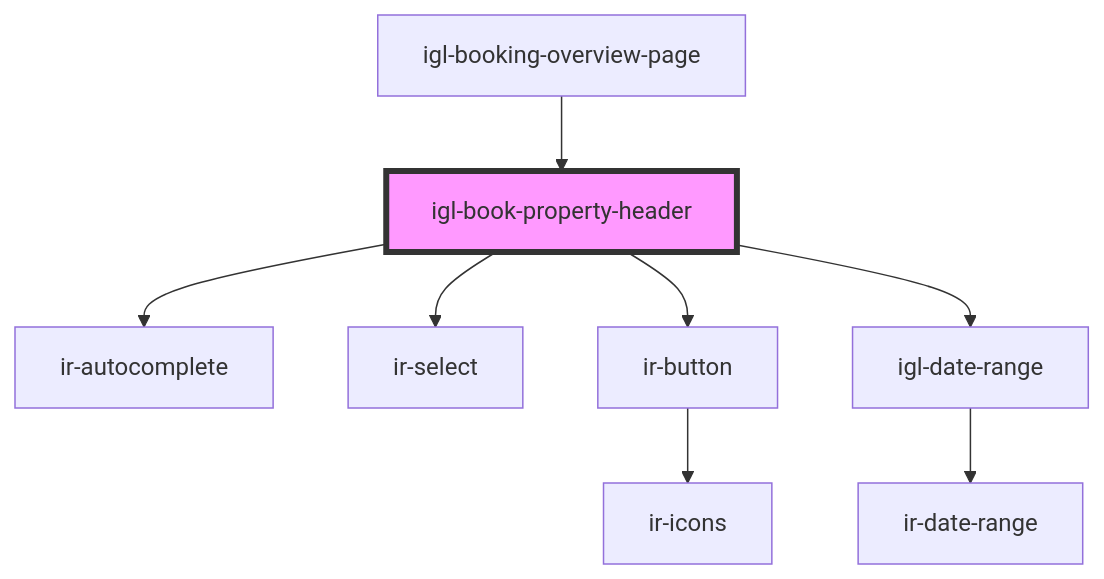
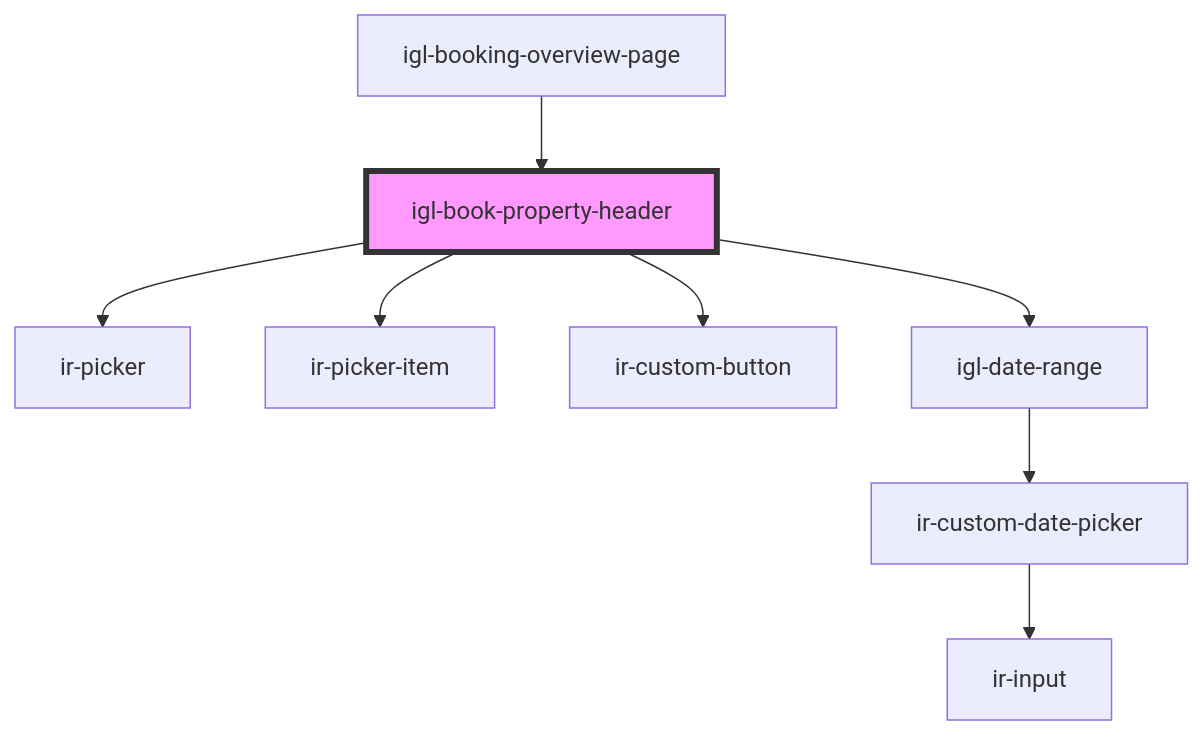
Before and after one commit to RonyRizk/ir-webcmp: the diagram in src/components/igloo-calendar/igl-book-property/igl-book-property-header/readme.md, drawn with Mermaid. The commit also changed other lines of this file and 433 other files, not shown here.

````diff
--- a/src/components/igloo-calendar/igl-book-property/igl-book-property-header/readme.md
+++ b/src/components/igloo-calendar/igl-book-property/igl-book-property-header/readme.md
@@ -58,11 +53,11 @@
 ```mermaid
 graph TD;
-  igl-book-property-header --> ir-autocomplete
-  igl-book-property-header --> ir-select
-  igl-book-property-header --> ir-button
+  igl-book-property-header --> ir-picker
+  igl-book-property-header --> ir-picker-item
+  igl-book-property-header --> ir-custom-button
   igl-book-property-header --> igl-date-range
-  ir-button --> ir-icons
-  igl-date-range --> ir-date-range
+  igl-date-range --> ir-custom-date-picker
+  ir-custom-date-picker --> ir-input
   igl-booking-overview-page --> igl-book-property-header
   style igl-book-property-header fill:#f9f,stroke:#333,stroke-width:4px
 ```
````
